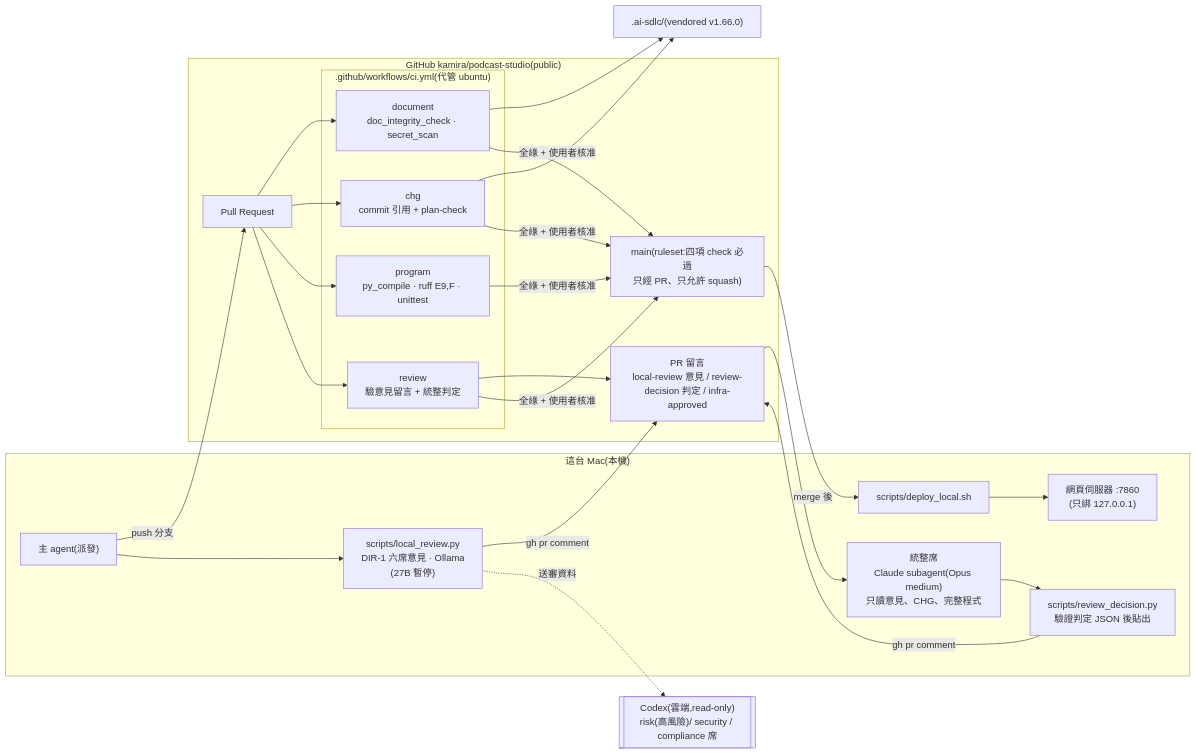
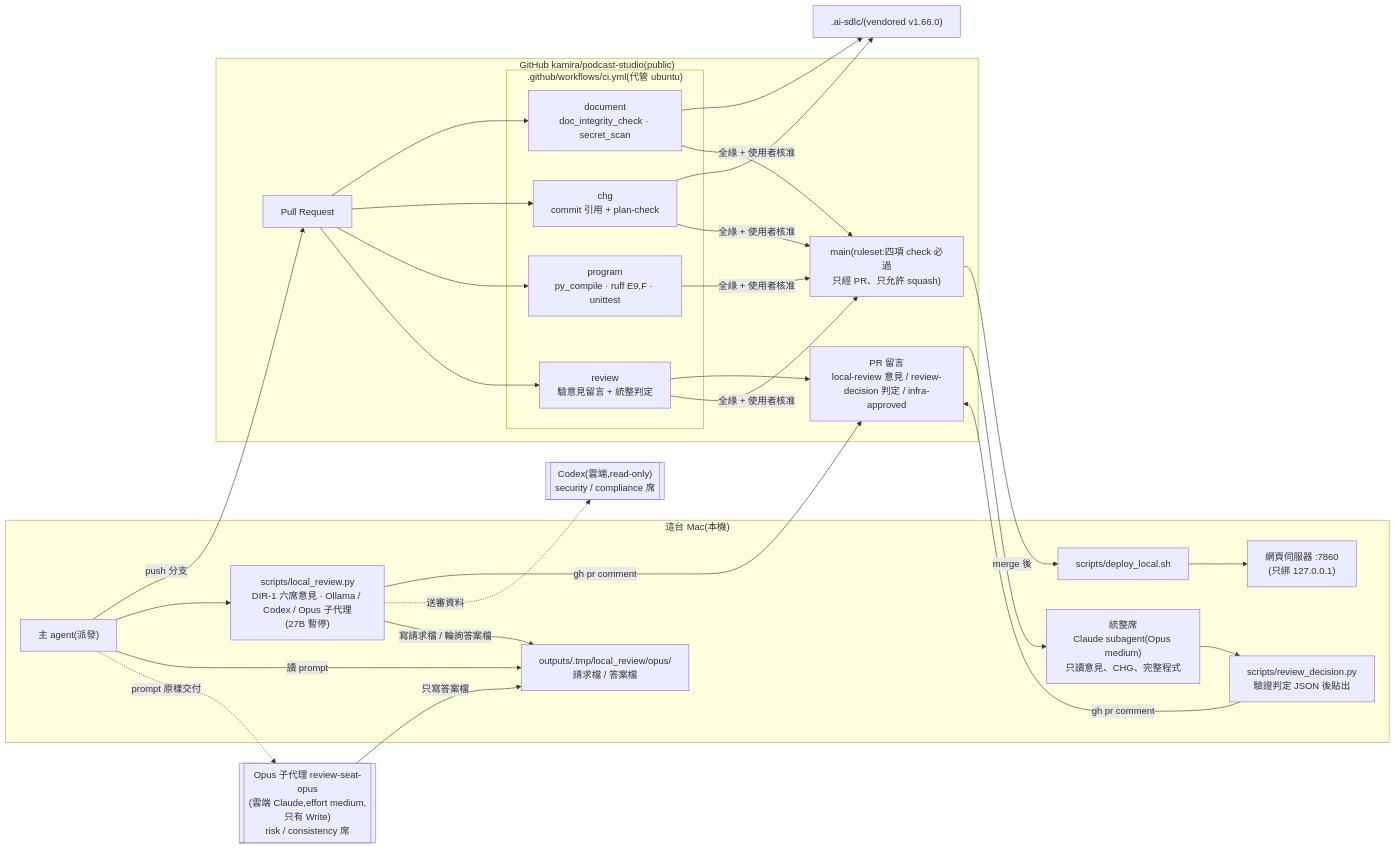
The tenth of 11 diagrams in docs/structure/logical.md (kamira/podcast-studio), drawn with Mermaid before and after one commit. The commit also changed other lines of this file and 11 other files, not shown here.

First line of the commit message:
CHG-20261101-02: risk、consistency 席常設改由 Opus 擔任(整合分支合進 main) (#141)

````diff
--- a/docs/structure/logical.md
+++ b/docs/structure/logical.md
@@ -320,33 +321,39 @@
 ```mermaid
 flowchart LR
   subgraph Mac["這台 Mac(本機)"]
     DISP["主 agent(派發)"]
-    LR["scripts/local_review.py<br/>DIR-1 六席意見 · Ollama<br/>(27B 暫停)"]
+    LR["scripts/local_review.py<br/>DIR-1 六席意見 · Ollama / Codex / Opus 子代理<br/>(27B 暫停)"]
+    OTMP["outputs/.tmp/local_review/opus/<br/>請求檔 / 答案檔"]
     SUB["統整席<br/>Claude subagent(Opus medium)<br/>只讀意見、CHG、完整程式"]
     RD["scripts/review_decision.py<br/>驗證判定 JSON 後貼出"]
     DEP["scripts/deploy_local.sh"]
     APP["網頁伺服器 :7860<br/>(只綁 127.0.0.1)"]
   end
-  CODEX[["Codex(雲端,read-only)<br/>risk(高風險)/ security / compliance 席"]]
+  CODEX[["Codex(雲端,read-only)<br/>security / compliance 席"]]
+  OPUS[["Opus 子代理 review-seat-opus<br/>(雲端 Claude,effort medium,只有 Write)<br/>risk / consistency 席"]]
   subgraph GH["GitHub kamira/podcast-studio(public)"]
     PR["Pull Request"]
     CMT["PR 留言<br/>local-review 意見 / review-decision 判定 / infra-approved"]
     subgraph CI[".github/workflows/ci.yml(代管 ubuntu)"]
       J1["document<br/>doc_integrity_check · secret_scan"]
       J2["chg<br/>commit 引用 + plan-check"]
       J3["program<br/>py_compile · ruff E9,F · unittest"]
       J4["review<br/>驗意見留言 + 統整判定"]
     end
     MAIN["main(ruleset:四項 check 必過<br/>只經 PR、只允許 squash)"]
   end
   VEN[".ai-sdlc/(vendored v1.66.0)"]
   DISP -- push 分支 --> PR
   DISP --> LR -- gh pr comment --> CMT
   LR -. 送審資料 .-> CODEX
+  LR -- 寫請求檔 / 輪詢答案檔 --> OTMP
+  DISP -- 讀 prompt --> OTMP
+  DISP -. prompt 原樣交付 .-> OPUS
+  OPUS -- 只寫答案檔 --> OTMP
   CMT --> SUB --> RD -- gh pr comment --> CMT
   PR --> J1 & J2 & J3 & J4
   J1 & J2 --> VEN
   J4 --> CMT
   J1 & J2 & J3 & J4 -- 全綠 + 使用者核准 --> MAIN
   MAIN -- merge 後 --> DEP --> APP
 ```
````
